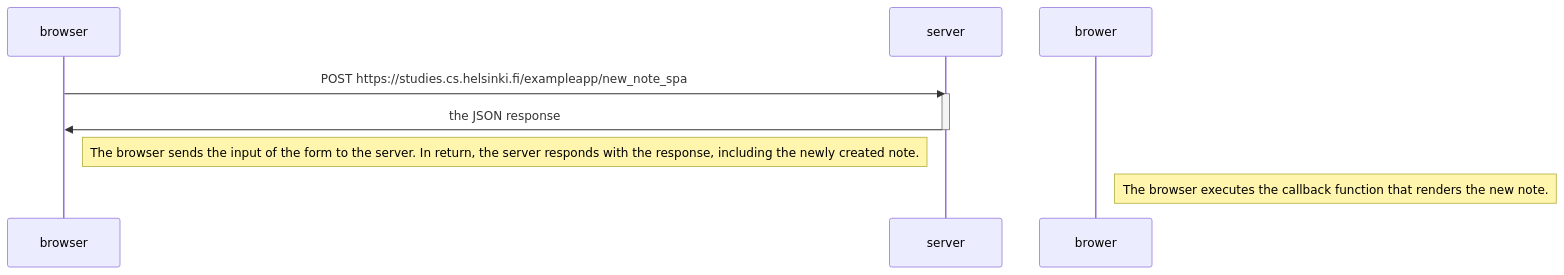
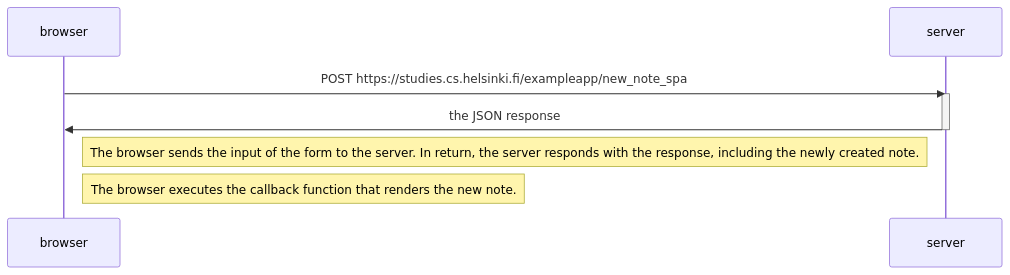
One commit to jsomdev/fullstackopen changed the diagram in part0/06-spa-new-note-diagram.md. Above: the diagram before and after it, drawn with Mermaid.

Commit message:
Fix mermaid typo

````diff
--- a/part0/06-spa-new-note-diagram.md
+++ b/part0/06-spa-new-note-diagram.md
@@ -3,13 +3,13 @@
 ```mermaid
 sequenceDiagram
 	participant browser
 	participant server
 	
 	browser->>server: POST https://studies.cs.helsinki.fi/exampleapp/new_note_spa
 	activate server
 	server->>browser: the JSON response
 	deactivate server
 
     Note right of browser: The browser sends the input of the form to the server. In return, the server responds with the response, including the newly created note.
-    Note right of brower: The browser executes the callback function that renders the new note.
+    Note right of browser: The browser executes the callback function that renders the new note.
 ```
````
